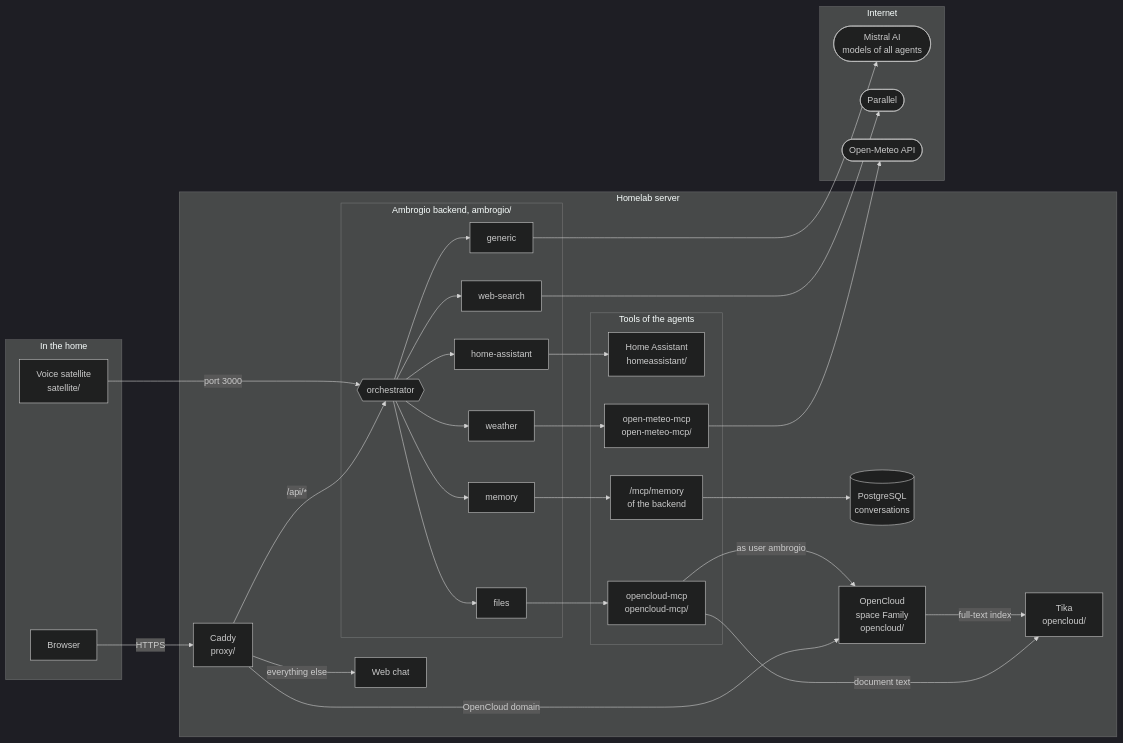
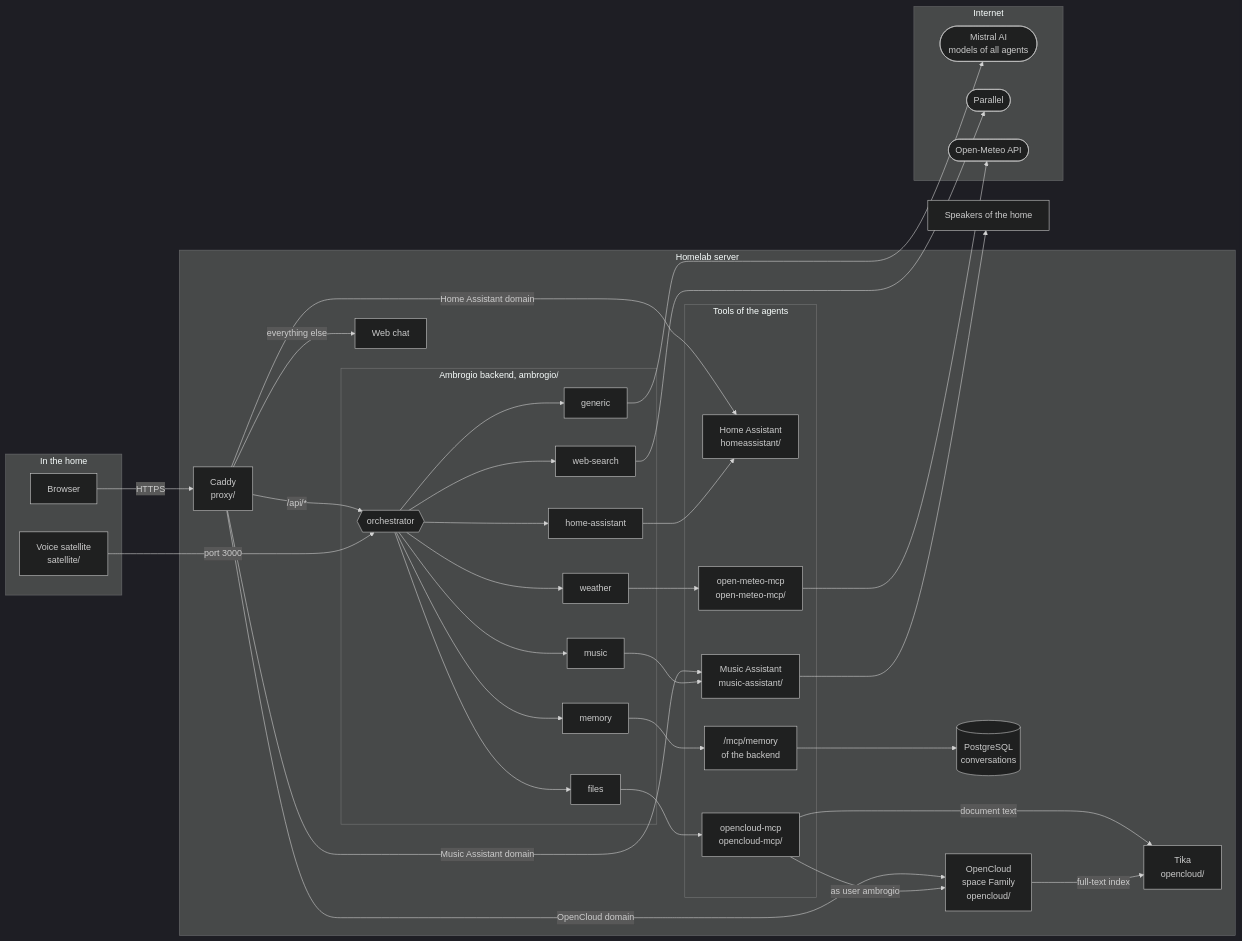
One commit to ambrogio-app/ambrogio-homelab-example changed the diagram in README.md. Above: the diagram before and after it, drawn with Mermaid (dark theme). The commit also changed other lines of this file and 8 other files, not shown here.

First line of the commit message:
Add Music Assistant and the music agent, with Home Assistant behind Caddy

````diff
--- a/README.md
+++ b/README.md
@@ -38,55 +40,62 @@
 ```mermaid
 flowchart LR
     subgraph home["In the home"]
         browser["Browser"]
         satellite["Voice satellite<br/>satellite/"]
     end
 
     subgraph server["Homelab server"]
         caddy["Caddy<br/>proxy/"]
         web["Web chat"]
 
         subgraph backend["Ambrogio backend, ambrogio/"]
             orchestrator{{"orchestrator"}}
             generic["generic"]
             homeassistant["home-assistant"]
             weather["weather"]
             websearch["web-search"]
             memory["memory"]
             files["files"]
+            music["music"]
         end
 
         subgraph services["Tools of the agents"]
             ha["Home Assistant<br/>homeassistant/"]
             openmeteo["open-meteo-mcp<br/>open-meteo-mcp/"]
             memoryserver["/mcp/memory<br/>of the backend"]
             ocmcp["opencloud-mcp<br/>opencloud-mcp/"]
+            mass["Music Assistant<br/>music-assistant/"]
         end
 
         postgres[("PostgreSQL<br/>conversations")]
         opencloud["OpenCloud<br/>space Family<br/>opencloud/"]
         tika["Tika<br/>opencloud/"]
     end
+
+    speakers["Speakers of the home"]
 
     subgraph internet["Internet"]
         mistral(["Mistral AI<br/>models of all agents"])
         parallel(["Parallel"])
         meteo(["Open-Meteo API"])
     end
 
     browser -- "HTTPS" --> caddy
     caddy -- "everything else" --> web
     caddy -- "/api/*" --> orchestrator
     caddy -- "OpenCloud domain" --> opencloud
+    caddy -- "Home Assistant domain" --> ha
+    caddy -- "Music Assistant domain" --> mass
     satellite -- "port 3000" --> orchestrator
-    orchestrator --> generic & homeassistant & weather & websearch & memory & files
+    orchestrator --> generic & homeassistant & weather & websearch & memory & files & music
     generic --> mistral
     homeassistant --> ha
     weather --> openmeteo --> meteo
     websearch --> parallel
     memory --> memoryserver --> postgres
     files --> ocmcp
+    music --> mass --> speakers
     ocmcp -- "as user ambrogio" --> opencloud
     ocmcp -- "document text" --> tika
     opencloud -- "full-text index" --> tika
 ```
````
